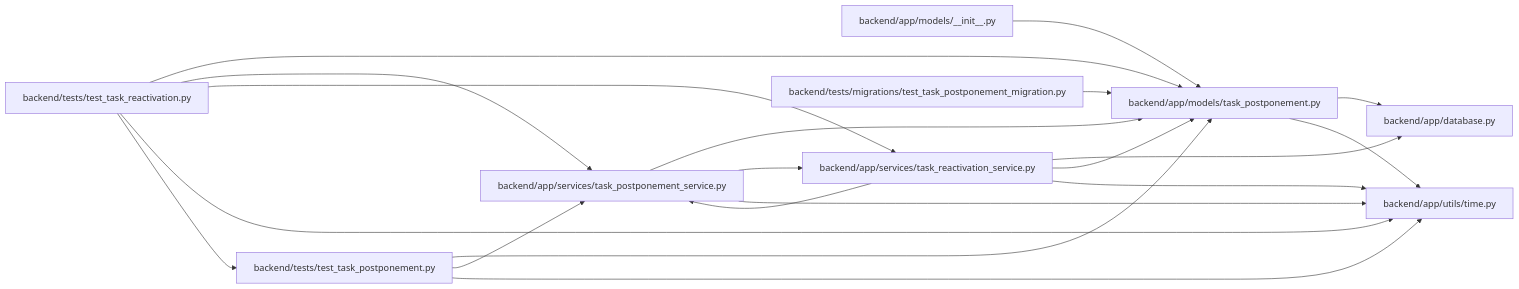
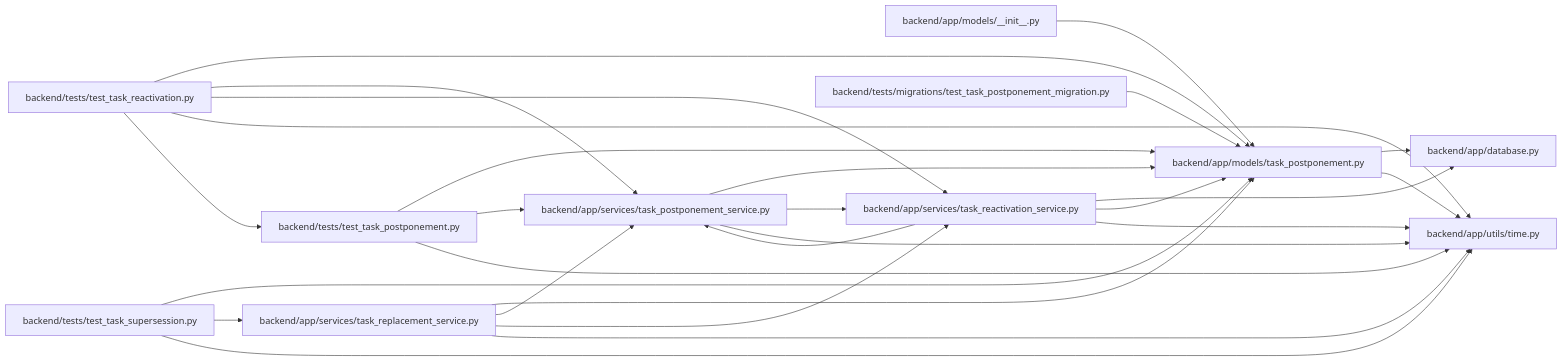
One commit to Denissvgn/WorkChord changed the diagram in docs/llm_wiki/modules/models_task_postponement.md. Above: the diagram before and after it, drawn with Mermaid. The commit also changed other lines of this file and 693 other files, not shown here.

Commit message:
Sync the architectural wiki for superseding work with an accepted successor

````diff
--- a/docs/llm_wiki/modules/models_task_postponement.md
+++ b/docs/llm_wiki/modules/models_task_postponement.md
@@ -22,40 +22,51 @@
 ```mermaid
 flowchart LR
     n0["backend/app/database.py"]
     n1["backend/app/models/__init__.py"]
     n2["backend/app/models/task_postponement.py"]
     n3["backend/app/services/task_postponement_service.py"]
     n4["backend/app/services/task_reactivation_service.py"]
-    n5["backend/app/utils/time.py"]
-    n6["backend/tests/migrations/test_task_postponement_migration.py"]
-    n7["backend/tests/test_task_postponement.py"]
-    n8["backend/tests/test_task_reactivation.py"]
+    n5["backend/app/services/task_replacement_service.py"]
+    n6["backend/app/utils/time.py"]
+    n7["backend/tests/migrations/test_task_postponement_migration.py"]
+    n8["backend/tests/test_task_postponement.py"]
+    n9["backend/tests/test_task_reactivation.py"]
+    n10["backend/tests/test_task_supersession.py"]
     n1 --> n2
     n2 --> n0
-    n2 --> n5
+    n2 --> n6
     n3 --> n2
     n3 --> n4
-    n3 --> n5
+    n3 --> n6
     n4 --> n0
     n4 --> n2
     n4 --> n3
-    n4 --> n5
-    n6 --> n2
+    n4 --> n6
+    n5 --> n2
+    n5 --> n3
+    n5 --> n4
+    n5 --> n6
     n7 --> n2
-    n7 --> n3
-    n7 --> n5
     n8 --> n2
     n8 --> n3
-    n8 --> n4
-    n8 --> n5
-    n8 --> n7
+    n8 --> n6
+    n9 --> n2
+    n9 --> n3
+    n9 --> n4
+    n9 --> n6
+    n9 --> n8
+    n10 --> n2
+    n10 --> n5
+    n10 --> n6
     click n0 "../modules/app_database.md"
     click n1 "../modules/models___init__.md"
     click n2 "../modules/models_task_postponement.md"
     click n3 "../modules/task_postponement_service.md"
     click n4 "../modules/task_reactivation_service.md"
-    click n5 "../modules/time.md"
-    click n6 "../modules/test_task_postponement_migration.md"
-    click n7 "../modules/test_task_postponement.md"
-    click n8 "../modules/test_task_reactivation.md"
+    click n5 "../modules/task_replacement_service.md"
+    click n6 "../modules/time.md"
+    click n7 "../modules/test_task_postponement_migration.md"
+    click n8 "../modules/test_task_postponement.md"
+    click n9 "../modules/test_task_reactivation.md"
+    click n10 "../modules/test_task_supersession.md"
 ```
````
